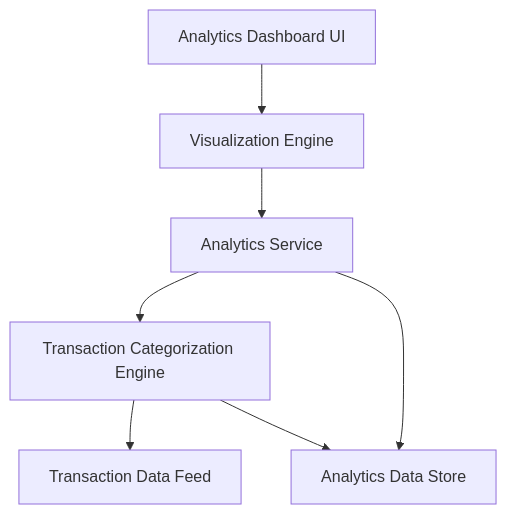
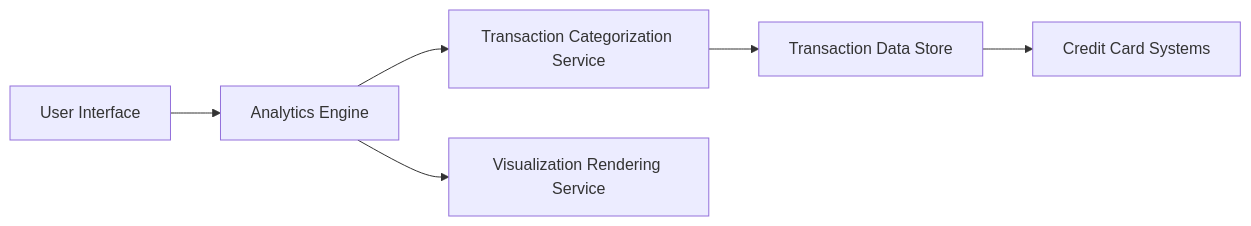
The diagram in HLD/QE-7741_HLD.md (AAVA-Demo/APB_Demo), drawn with Mermaid before and after one commit. The commit also changed other lines of this file and 5 other files, not shown here.

````diff
--- a/HLD/QE-7741_HLD.md
+++ b/HLD/QE-7741_HLD.md
@@ -7,15 +7,14 @@
 ```mermaid
-flowchart TD
-    A["Analytics Dashboard UI"]
-    B["Visualization Engine"]
-    C["Analytics Service"]
-    D["Transaction Categorization Engine"]
-    E["Transaction Data Feed"]
-    F["Analytics Data Store"]
+flowchart LR
+    A["User Interface"]
+    B["Analytics Engine"]
+    C["Transaction Categorization Service"]
+    D["Credit Card Systems"]
+    E["Visualization Rendering Service"]
+    F["Transaction Data Store"]
     A --> B
     B --> C
-    C --> D
-    D --> E
     C --> F
-    D --> F
+    F --> D
+    B --> E
 ```
````
